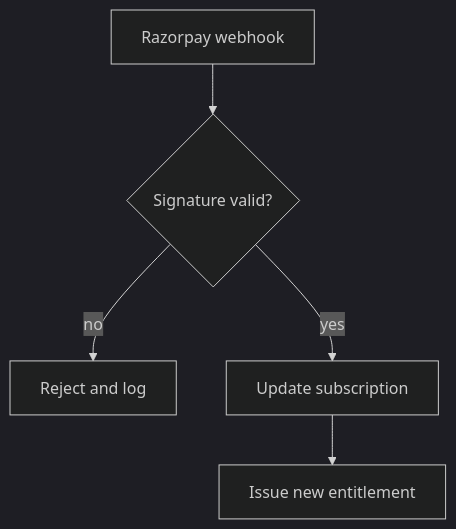
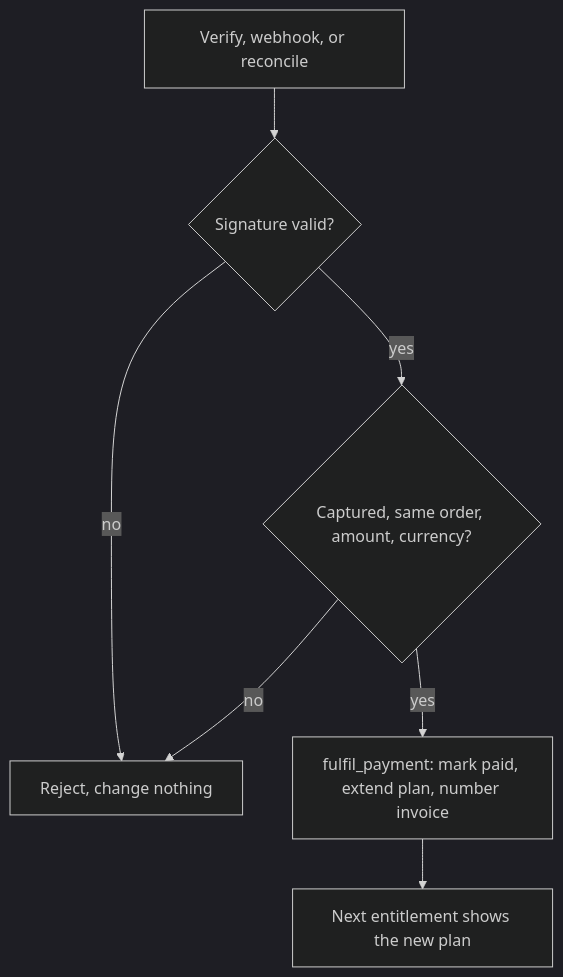
The second of 2 diagrams in docs/billing/razorpay.md (Aevrin-ai/modelWrecker), drawn with Mermaid (dark theme) before and after one commit. The commit also changed other lines of this file and 68 other files, not shown here.

````diff
--- a/docs/billing/razorpay.md
+++ b/docs/billing/razorpay.md
@@ -54,7 +62,9 @@
 ```mermaid
 flowchart TD
-  HOOK[Razorpay webhook] --> VERIFY{Signature valid?}
-  VERIFY -- no --> DROP[Reject and log]
-  VERIFY -- yes --> UPD[Update subscription]
-  UPD --> ENT[Issue new entitlement]
+  IN[Verify, webhook, or reconcile] --> SIG{Signature valid?}
+  SIG -- no --> DROP[Reject, change nothing]
+  SIG -- yes --> MATCH{Captured, same order, amount, currency?}
+  MATCH -- no --> DROP
+  MATCH -- yes --> ONCE[fulfil_payment: mark paid, extend plan, number invoice]
+  ONCE --> ENT[Next entitlement shows the new plan]
 ```
````
